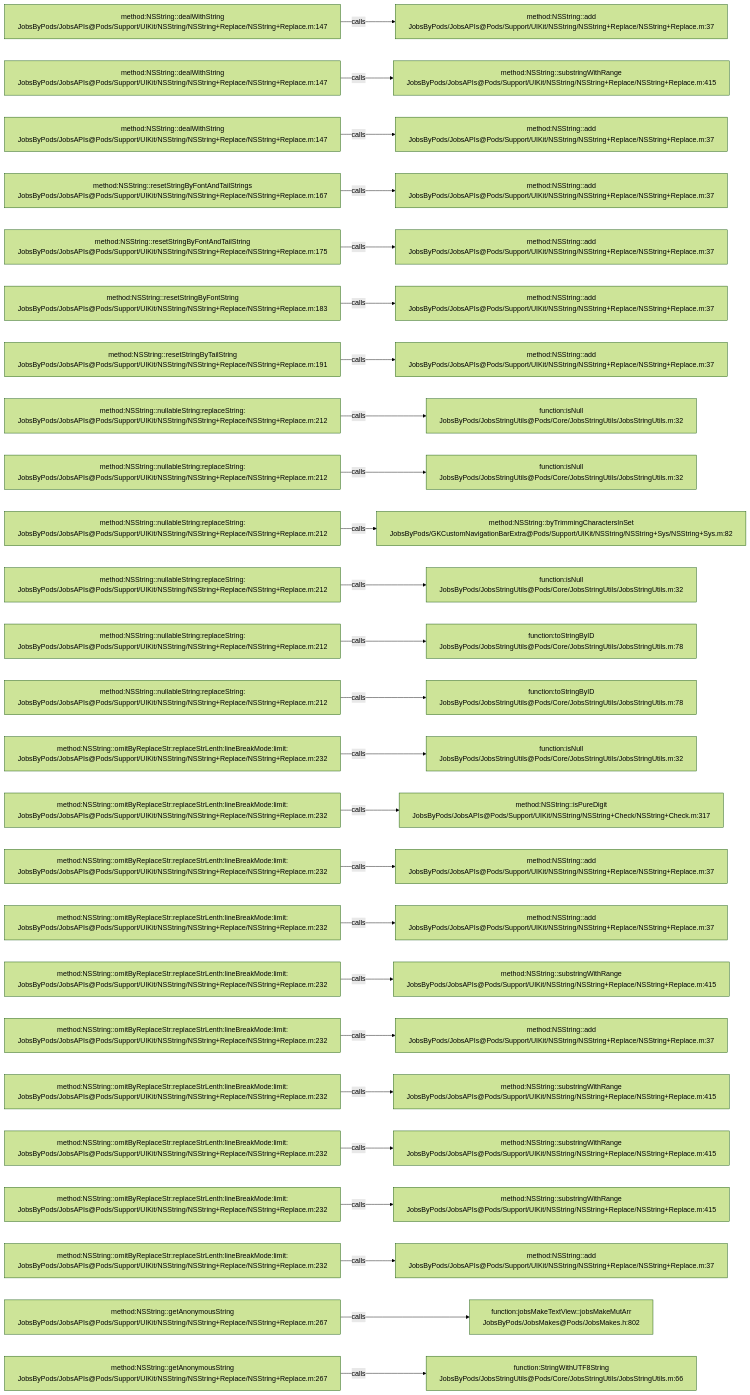
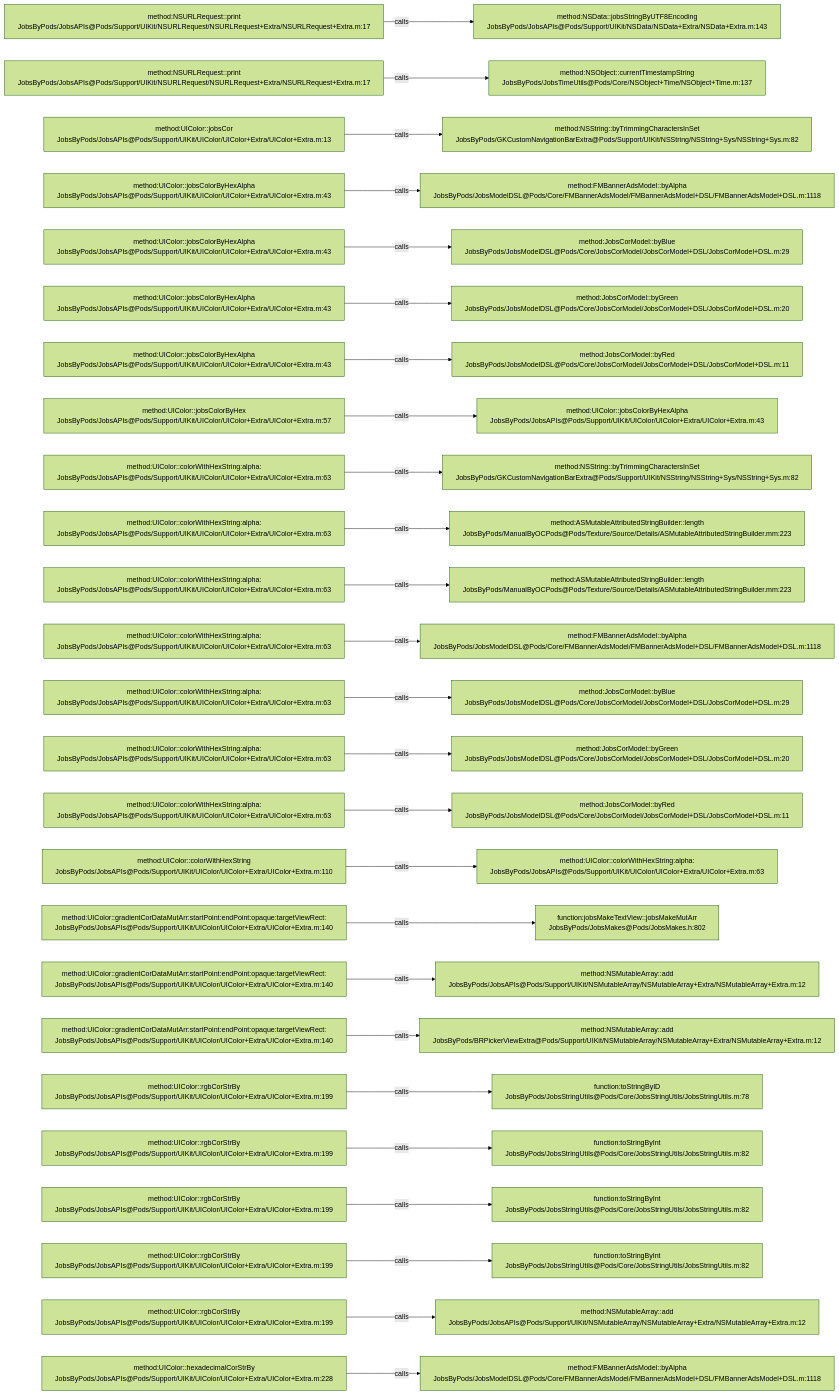
One commit to JobsKits/JobsOCBaseConfigDemo changed the diagram in .codegraph/codegraph.md/graphs/calls-087.md. Above: the diagram before and after it, drawn with Mermaid (forest theme). The commit also changed 223 other files, not shown here.

````diff
--- a/.codegraph/codegraph.md/graphs/calls-087.md
+++ b/.codegraph/codegraph.md/graphs/calls-087.md
@@ -13,78 +13,78 @@
 ```mermaid
 flowchart LR
-  S1["method:NSString::dealWithString<br/>JobsByPods/JobsAPIs@Pods/Support/UIKit/NSString/NSString+Replace/NSString+Replace.m:147"]
-  T1["method:NSString::add<br/>JobsByPods/JobsAPIs@Pods/Support/UIKit/NSString/NSString+Replace/NSString+Replace.m:37"]
+  S1["method:NSURLRequest::print<br/>JobsByPods/JobsAPIs@Pods/Support/UIKit/NSURLRequest/NSURLRequest+Extra/NSURLRequest+Extra.m:17"]
+  T1["method:NSData::jobsStringByUTF8Encoding<br/>JobsByPods/JobsAPIs@Pods/Support/UIKit/NSData/NSData+Extra/NSData+Extra.m:143"]
   S1 -->|calls| T1
-  S2["method:NSString::dealWithString<br/>JobsByPods/JobsAPIs@Pods/Support/UIKit/NSString/NSString+Replace/NSString+Replace.m:147"]
-  T2["method:NSString::substringWithRange<br/>JobsByPods/JobsAPIs@Pods/Support/UIKit/NSString/NSString+Replace/NSString+Replace.m:415"]
+  S2["method:NSURLRequest::print<br/>JobsByPods/JobsAPIs@Pods/Support/UIKit/NSURLRequest/NSURLRequest+Extra/NSURLRequest+Extra.m:17"]
+  T2["method:NSObject::currentTimestampString<br/>JobsByPods/JobsTimeUtils@Pods/Core/NSObject+Time/NSObject+Time.m:137"]
   S2 -->|calls| T2
-  S3["method:NSString::dealWithString<br/>JobsByPods/JobsAPIs@Pods/Support/UIKit/NSString/NSString+Replace/NSString+Replace.m:147"]
-  T3["method:NSString::add<br/>JobsByPods/JobsAPIs@Pods/Support/UIKit/NSString/NSString+Replace/NSString+Replace.m:37"]
+  S3["method:UIColor::jobsCor<br/>JobsByPods/JobsAPIs@Pods/Support/UIKit/UIColor/UIColor+Extra/UIColor+Extra.m:13"]
+  T3["method:NSString::byTrimmingCharactersInSet<br/>JobsByPods/GKCustomNavigationBarExtra@Pods/Support/UIKit/NSString/NSString+Sys/NSString+Sys.m:82"]
   S3 -->|calls| T3
-  S4["method:NSString::resetStringByFontAndTailStrings<br/>JobsByPods/JobsAPIs@Pods/Support/UIKit/NSString/NSString+Replace/NSString+Replace.m:167"]
-  T4["method:NSString::add<br/>JobsByPods/JobsAPIs@Pods/Support/UIKit/NSString/NSString+Replace/NSString+Replace.m:37"]
+  S4["method:UIColor::jobsColorByHexAlpha<br/>JobsByPods/JobsAPIs@Pods/Support/UIKit/UIColor/UIColor+Extra/UIColor+Extra.m:43"]
+  T4["method:FMBannerAdsModel::byAlpha<br/>JobsByPods/JobsModelDSL@Pods/Core/FMBannerAdsModel/FMBannerAdsModel+DSL/FMBannerAdsModel+DSL.m:1118"]
   S4 -->|calls| T4
-  S5["method:NSString::resetStringByFontAndTailString<br/>JobsByPods/JobsAPIs@Pods/Support/UIKit/NSString/NSString+Replace/NSString+Replace.m:175"]
-  T5["method:NSString::add<br/>JobsByPods/JobsAPIs@Pods/Support/UIKit/NSString/NSString+Replace/NSString+Replace.m:37"]
+  S5["method:UIColor::jobsColorByHexAlpha<br/>JobsByPods/JobsAPIs@Pods/Support/UIKit/UIColor/UIColor+Extra/UIColor+Extra.m:43"]
+  T5["method:JobsCorModel::byBlue<br/>JobsByPods/JobsModelDSL@Pods/Core/JobsCorModel/JobsCorModel+DSL/JobsCorModel+DSL.m:29"]
   S5 -->|calls| T5
-  S6["method:NSString::resetStringByFontString<br/>JobsByPods/JobsAPIs@Pods/Support/UIKit/NSString/NSString+Replace/NSString+Replace.m:183"]
-  T6["method:NSString::add<br/>JobsByPods/JobsAPIs@Pods/Support/UIKit/NSString/NSString+Replace/NSString+Replace.m:37"]
+  S6["method:UIColor::jobsColorByHexAlpha<br/>JobsByPods/JobsAPIs@Pods/Support/UIKit/UIColor/UIColor+Extra/UIColor+Extra.m:43"]
+  T6["method:JobsCorModel::byGreen<br/>JobsByPods/JobsModelDSL@Pods/Core/JobsCorModel/JobsCorModel+DSL/JobsCorModel+DSL.m:20"]
   S6 -->|calls| T6
-  S7["method:NSString::resetStringByTailString<br/>JobsByPods/JobsAPIs@Pods/Support/UIKit/NSString/NSString+Replace/NSString+Replace.m:191"]
-  T7["method:NSString::add<br/>JobsByPods/JobsAPIs@Pods/Support/UIKit/NSString/NSString+Replace/NSString+Replace.m:37"]
+  S7["method:UIColor::jobsColorByHexAlpha<br/>JobsByPods/JobsAPIs@Pods/Support/UIKit/UIColor/UIColor+Extra/UIColor+Extra.m:43"]
+  T7["method:JobsCorModel::byRed<br/>JobsByPods/JobsModelDSL@Pods/Core/JobsCorModel/JobsCorModel+DSL/JobsCorModel+DSL.m:11"]
   S7 -->|calls| T7
-  S8["method:NSString::nullableString:replaceString:<br/>JobsByPods/JobsAPIs@Pods/Support/UIKit/NSString/NSString+Replace/NSString+Replace.m:212"]
-  T8["function:isNull<br/>JobsByPods/JobsStringUtils@Pods/Core/JobsStringUtils/JobsStringUtils.m:32"]
+  S8["method:UIColor::jobsColorByHex<br/>JobsByPods/JobsAPIs@Pods/Support/UIKit/UIColor/UIColor+Extra/UIColor+Extra.m:57"]
+  T8["method:UIColor::jobsColorByHexAlpha<br/>JobsByPods/JobsAPIs@Pods/Support/UIKit/UIColor/UIColor+Extra/UIColor+Extra.m:43"]
   S8 -->|calls| T8
-  S9["method:NSString::nullableString:replaceString:<br/>JobsByPods/JobsAPIs@Pods/Support/UIKit/NSString/NSString+Replace/NSString+Replace.m:212"]
-  T9["function:isNull<br/>JobsByPods/JobsStringUtils@Pods/Core/JobsStringUtils/JobsStringUtils.m:32"]
+  S9["method:UIColor::colorWithHexString:alpha:<br/>JobsByPods/JobsAPIs@Pods/Support/UIKit/UIColor/UIColor+Extra/UIColor+Extra.m:63"]
+  T9["method:NSString::byTrimmingCharactersInSet<br/>JobsByPods/GKCustomNavigationBarExtra@Pods/Support/UIKit/NSString/NSString+Sys/NSString+Sys.m:82"]
   S9 -->|calls| T9
-  S10["method:NSString::nullableString:replaceString:<br/>JobsByPods/JobsAPIs@Pods/Support/UIKit/NSString/NSString+Replace/NSString+Replace.m:212"]
-  T10["method:NSString::byTrimmingCharactersInSet<br/>JobsByPods/GKCustomNavigationBarExtra@Pods/Support/UIKit/NSString/NSString+Sys/NSString+Sys.m:82"]
+  S10["method:UIColor::colorWithHexString:alpha:<br/>JobsByPods/JobsAPIs@Pods/Support/UIKit/UIColor/UIColor+Extra/UIColor+Extra.m:63"]
+  T10["method:ASMutableAttributedStringBuilder::length<br/>JobsByPods/ManualByOCPods@Pods/Texture/Source/Details/ASMutableAttributedStringBuilder.mm:223"]
   S10 -->|calls| T10
-  S11["method:NSString::nullableString:replaceString:<br/>JobsByPods/JobsAPIs@Pods/Support/UIKit/NSString/NSString+Replace/NSString+Replace.m:212"]
-  T11["function:isNull<br/>JobsByPods/JobsStringUtils@Pods/Core/JobsStringUtils/JobsStringUtils.m:32"]
+  S11["method:UIColor::colorWithHexString:alpha:<br/>JobsByPods/JobsAPIs@Pods/Support/UIKit/UIColor/UIColor+Extra/UIColor+Extra.m:63"]
+  T11["method:ASMutableAttributedStringBuilder::length<br/>JobsByPods/ManualByOCPods@Pods/Texture/Source/Details/ASMutableAttributedStringBuilder.mm:223"]
   S11 -->|calls| T11
-  S12["method:NSString::nullableString:replaceString:<br/>JobsByPods/JobsAPIs@Pods/Support/UIKit/NSString/NSString+Replace/NSString+Replace.m:212"]
-  T12["function:toStringByID<br/>JobsByPods/JobsStringUtils@Pods/Core/JobsStringUtils/JobsStringUtils.m:78"]
+  S12["method:UIColor::colorWithHexString:alpha:<br/>JobsByPods/JobsAPIs@Pods/Support/UIKit/UIColor/UIColor+Extra/UIColor+Extra.m:63"]
+  T12["method:FMBannerAdsModel::byAlpha<br/>JobsByPods/JobsModelDSL@Pods/Core/FMBannerAdsModel/FMBannerAdsModel+DSL/FMBannerAdsModel+DSL.m:1118"]
   S12 -->|calls| T12
-  S13["method:NSString::nullableString:replaceString:<br/>JobsByPods/JobsAPIs@Pods/Support/UIKit/NSString/NSString+Replace/NSString+Replace.m:212"]
-  T13["function:toStringByID<br/>JobsByPods/JobsStringUtils@Pods/Core/JobsStringUtils/JobsStringUtils.m:78"]
+  S13["method:UIColor::colorWithHexString:alpha:<br/>JobsByPods/JobsAPIs@Pods/Support/UIKit/UIColor/UIColor+Extra/UIColor+Extra.m:63"]
+  T13["method:JobsCorModel::byBlue<br/>JobsByPods/JobsModelDSL@Pods/Core/JobsCorModel/JobsCorModel+DSL/JobsCorModel+DSL.m:29"]
   S13 -->|calls| T13
-  S14["method:NSString::omitByReplaceStr:replaceStrLenth:lineBreakMode:limit:<br/>JobsByPods/JobsAPIs@Pods/Support/UIKit/NSString/NSString+Replace/NSString+Replace.m:232"]
-  T14["function:isNull<br/>JobsByPods/JobsStringUtils@Pods/Core/JobsStringUtils/JobsStringUtils.m:32"]
+  S14["method:UIColor::colorWithHexString:alpha:<br/>JobsByPods/JobsAPIs@Pods/Support/UIKit/UIColor/UIColor+Extra/UIColor+Extra.m:63"]
+  T14["method:JobsCorModel::byGreen<br/>JobsByPods/JobsModelDSL@Pods/Core/JobsCorModel/JobsCorModel+DSL/JobsCorModel+DSL.m:20"]
   S14 -->|calls| T14
-  S15["method:NSString::omitByReplaceStr:replaceStrLenth:lineBreakMode:limit:<br/>JobsByPods/JobsAPIs@Pods/Support/UIKit/NSString/NSString+Replace/NSString+Replace.m:232"]
-  T15["method:NSString::isPureDigit<br/>JobsByPods/JobsAPIs@Pods/Support/UIKit/NSString/NSString+Check/NSString+Check.m:317"]
+  S15["method:UIColor::colorWithHexString:alpha:<br/>JobsByPods/JobsAPIs@Pods/Support/UIKit/UIColor/UIColor+Extra/UIColor+Extra.m:63"]
+  T15["method:JobsCorModel::byRed<br/>JobsByPods/JobsModelDSL@Pods/Core/JobsCorModel/JobsCorModel+DSL/JobsCorModel+DSL.m:11"]
   S15 -->|calls| T15
-  S16["method:NSString::omitByReplaceStr:replaceStrLenth:lineBreakMode:limit:<br/>JobsByPods/JobsAPIs@Pods/Support/UIKit/NSString/NSString+Replace/NSString+Replace.m:232"]
-  T16["method:NSString::add<br/>JobsByPods/JobsAPIs@Pods/Support/UIKit/NSString/NSString+Replace/NSString+Replace.m:37"]
+  S16["method:UIColor::colorWithHexString<br/>JobsByPods/JobsAPIs@Pods/Support/UIKit/UIColor/UIColor+Extra/UIColor+Extra.m:110"]
+  T16["method:UIColor::colorWithHexString:alpha:<br/>JobsByPods/JobsAPIs@Pods/Support/UIKit/UIColor/UIColor+Extra/UIColor+Extra.m:63"]
   S16 -->|calls| T16
-  S17["method:NSString::omitByReplaceStr:replaceStrLenth:lineBreakMode:limit:<br/>JobsByPods/JobsAPIs@Pods/Support/UIKit/NSString/NSString+Replace/NSString+Replace.m:232"]
-  T17["method:NSString::add<br/>JobsByPods/JobsAPIs@Pods/Support/UIKit/NSString/NSString+Replace/NSString+Replace.m:37"]
+  S17["method:UIColor::gradientCorDataMutArr:startPoint:endPoint:opaque:targetViewRect:<br/>JobsByPods/JobsAPIs@Pods/Support/UIKit/UIColor/UIColor+Extra/UIColor+Extra.m:140"]
+  T17["function:jobsMakeTextView::jobsMakeMutArr<br/>JobsByPods/JobsMakes@Pods/JobsMakes.h:802"]
   S17 -->|calls| T17
-  S18["method:NSString::omitByReplaceStr:replaceStrLenth:lineBreakMode:limit:<br/>JobsByPods/JobsAPIs@Pods/Support/UIKit/NSString/NSString+Replace/NSString+Replace.m:232"]
-  T18["method:NSString::substringWithRange<br/>JobsByPods/JobsAPIs@Pods/Support/UIKit/NSString/NSString+Replace/NSString+Replace.m:415"]
+  S18["method:UIColor::gradientCorDataMutArr:startPoint:endPoint:opaque:targetViewRect:<br/>JobsByPods/JobsAPIs@Pods/Support/UIKit/UIColor/UIColor+Extra/UIColor+Extra.m:140"]
+  T18["method:NSMutableArray::add<br/>JobsByPods/JobsAPIs@Pods/Support/UIKit/NSMutableArray/NSMutableArray+Extra/NSMutableArray+Extra.m:12"]
   S18 -->|calls| T18
-  S19["method:NSString::omitByReplaceStr:replaceStrLenth:lineBreakMode:limit:<br/>JobsByPods/JobsAPIs@Pods/Support/UIKit/NSString/NSString+Replace/NSString+Replace.m:232"]
-  T19["method:NSString::add<br/>JobsByPods/JobsAPIs@Pods/Support/UIKit/NSString/NSString+Replace/NSString+Replace.m:37"]
+  S19["method:UIColor::gradientCorDataMutArr:startPoint:endPoint:opaque:targetViewRect:<br/>JobsByPods/JobsAPIs@Pods/Support/UIKit/UIColor/UIColor+Extra/UIColor+Extra.m:140"]
+  T19["method:NSMutableArray::add<br/>JobsByPods/BRPickerViewExtra@Pods/Support/UIKit/NSMutableArray/NSMutableArray+Extra/NSMutableArray+Extra.m:12"]
   S19 -->|calls| T19
-  S20["method:NSString::omitByReplaceStr:replaceStrLenth:lineBreakMode:limit:<br/>JobsByPods/JobsAPIs@Pods/Support/UIKit/NSString/NSString+Replace/NSString+Replace.m:232"]
-  T20["method:NSString::substringWithRange<br/>JobsByPods/JobsAPIs@Pods/Support/UIKit/NSString/NSString+Replace/NSString+Replace.m:415"]
+  S20["method:UIColor::rgbCorStrBy<br/>JobsByPods/JobsAPIs@Pods/Support/UIKit/UIColor/UIColor+Extra/UIColor+Extra.m:199"]
+  T20["function:toStringByID<br/>JobsByPods/JobsStringUtils@Pods/Core/JobsStringUtils/JobsStringUtils.m:78"]
   S20 -->|calls| T20
-  S21["method:NSString::omitByReplaceStr:replaceStrLenth:lineBreakMode:limit:<br/>JobsByPods/JobsAPIs@Pods/Support/UIKit/NSString/NSString+Replace/NSString+Replace.m:232"]
-  T21["method:NSString::substringWithRange<br/>JobsByPods/JobsAPIs@Pods/Support/UIKit/NSString/NSString+Replace/NSString+Replace.m:415"]
+  S21["method:UIColor::rgbCorStrBy<br/>JobsByPods/JobsAPIs@Pods/Support/UIKit/UIColor/UIColor+Extra/UIColor+Extra.m:199"]
+  T21["function:toStringByInt<br/>JobsByPods/JobsStringUtils@Pods/Core/JobsStringUtils/JobsStringUtils.m:82"]
   S21 -->|calls| T21
-  S22["method:NSString::omitByReplaceStr:replaceStrLenth:lineBreakMode:limit:<br/>JobsByPods/JobsAPIs@Pods/Support/UIKit/NSString/NSString+Replace/NSString+Replace.m:232"]
-  T22["method:NSString::substringWithRange<br/>JobsByPods/JobsAPIs@Pods/Support/UIKit/NSString/NSString+Replace/NSString+Replace.m:415"]
+  S22["method:UIColor::rgbCorStrBy<br/>JobsByPods/JobsAPIs@Pods/Support/UIKit/UIColor/UIColor+Extra/UIColor+Extra.m:199"]
+  T22["function:toStringByInt<br/>JobsByPods/JobsStringUtils@Pods/Core/JobsStringUtils/JobsStringUtils.m:82"]
   S22 -->|calls| T22
-  S23["method:NSString::omitByReplaceStr:replaceStrLenth:lineBreakMode:limit:<br/>JobsByPods/JobsAPIs@Pods/Support/UIKit/NSString/NSString+Replace/NSString+Replace.m:232"]
-  T23["method:NSString::add<br/>JobsByPods/JobsAPIs@Pods/Support/UIKit/NSString/NSString+Replace/NSString+Replace.m:37"]
+  S23["method:UIColor::rgbCorStrBy<br/>JobsByPods/JobsAPIs@Pods/Support/UIKit/UIColor/UIColor+Extra/UIColor+Extra.m:199"]
+  T23["function:toStringByInt<br/>JobsByPods/JobsStringUtils@Pods/Core/JobsStringUtils/JobsStringUtils.m:82"]
   S23 -->|calls| T23
-  S24["method:NSString::getAnonymousString<br/>JobsByPods/JobsAPIs@Pods/Support/UIKit/NSString/NSString+Replace/NSString+Replace.m:267"]
-  T24["function:jobsMakeTextView::jobsMakeMutArr<br/>JobsByPods/JobsMakes@Pods/JobsMakes.h:802"]
+  S24["method:UIColor::rgbCorStrBy<br/>JobsByPods/JobsAPIs@Pods/Support/UIKit/UIColor/UIColor+Extra/UIColor+Extra.m:199"]
+  T24["method:NSMutableArray::add<br/>JobsByPods/JobsAPIs@Pods/Support/UIKit/NSMutableArray/NSMutableArray+Extra/NSMutableArray+Extra.m:12"]
   S24 -->|calls| T24
-  S25["method:NSString::getAnonymousString<br/>JobsByPods/JobsAPIs@Pods/Support/UIKit/NSString/NSString+Replace/NSString+Replace.m:267"]
-  T25["function:StringWithUTF8String<br/>JobsByPods/JobsStringUtils@Pods/Core/JobsStringUtils/JobsStringUtils.m:66"]
+  S25["method:UIColor::hexadecimalCorStrBy<br/>JobsByPods/JobsAPIs@Pods/Support/UIKit/UIColor/UIColor+Extra/UIColor+Extra.m:228"]
+  T25["method:FMBannerAdsModel::byAlpha<br/>JobsByPods/JobsModelDSL@Pods/Core/FMBannerAdsModel/FMBannerAdsModel+DSL/FMBannerAdsModel+DSL.m:1118"]
   S25 -->|calls| T25
 ```
````
